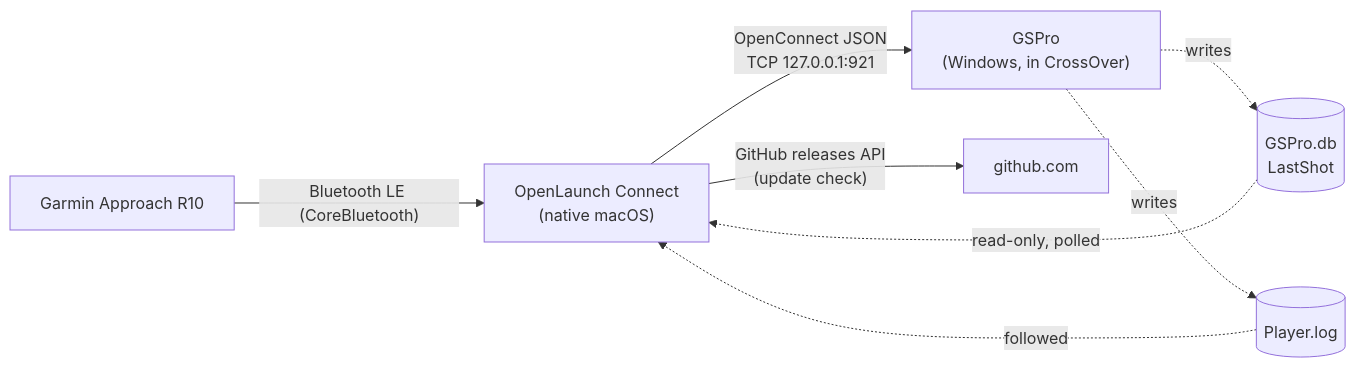
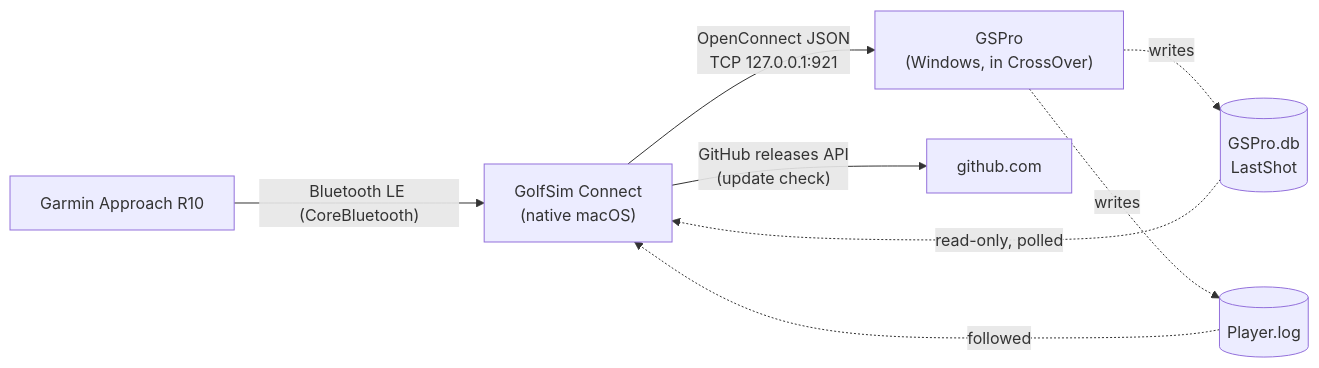
The first of 3 diagrams in docs/architecture.md (chgl42/golfsim-connect), drawn with Mermaid before and after one commit. The commit also changed other lines of this file and 32 other files, not shown here.

First line of the commit message:
Rename the app to GolfSim Connect

````diff
--- a/docs/architecture.md
+++ b/docs/architecture.md
@@ -16,10 +16,10 @@
 ```mermaid
 flowchart LR
-  R10["Garmin Approach R10"] -- "Bluetooth LE (CoreBluetooth)" --> App["OpenLaunch Connect<br/>(native macOS)"]
+  R10["Garmin Approach R10"] -- "Bluetooth LE (CoreBluetooth)" --> App["GolfSim Connect<br/>(native macOS)"]
   App -- "OpenConnect JSON<br/>TCP 127.0.0.1:921" --> GSPro["GSPro<br/>(Windows, in CrossOver)"]
   GSPro -. "writes" .-> DB[("GSPro.db<br/>LastShot")]
   DB -. "read-only, polled" .-> App
   GSPro -. "writes" .-> PL[("Player.log")]
   PL -. "followed" .-> App
   App -- "GitHub releases API<br/>(update check)" --> GH["github.com"]
 ```
````
